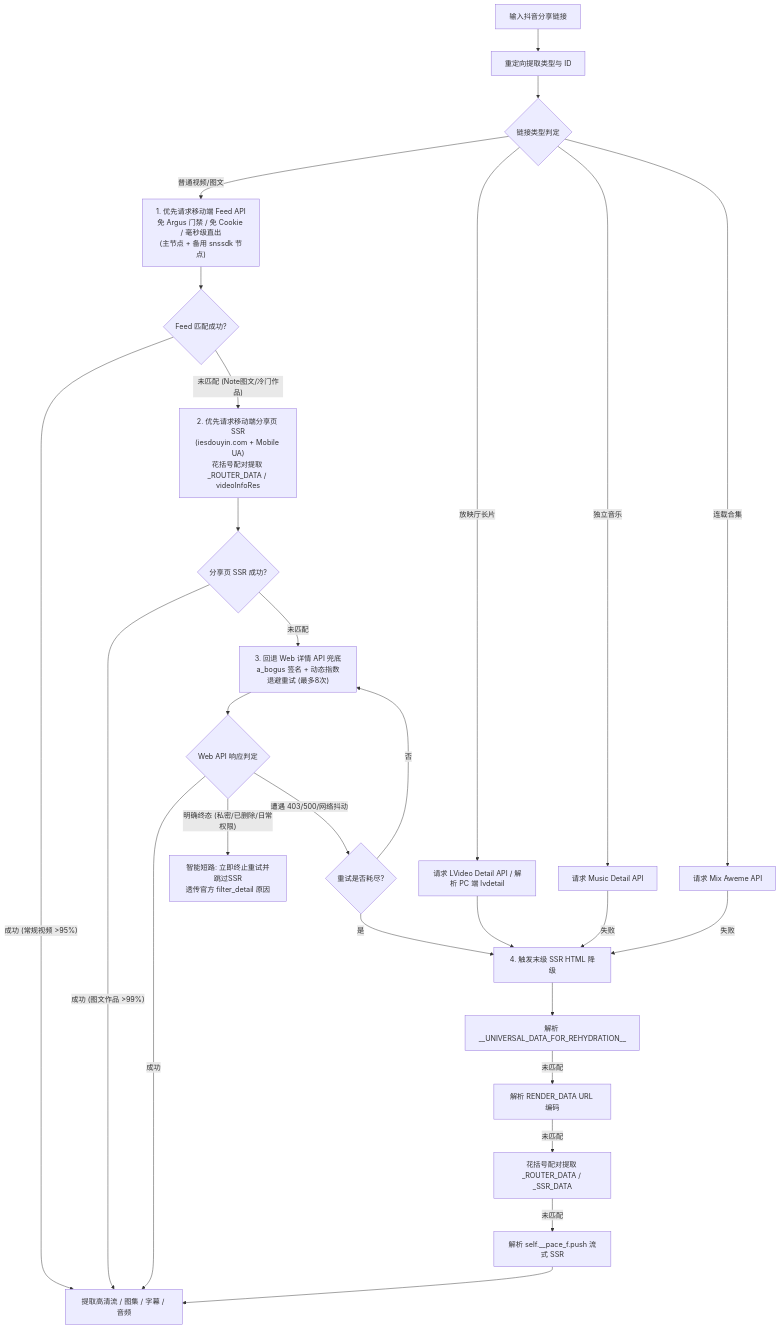
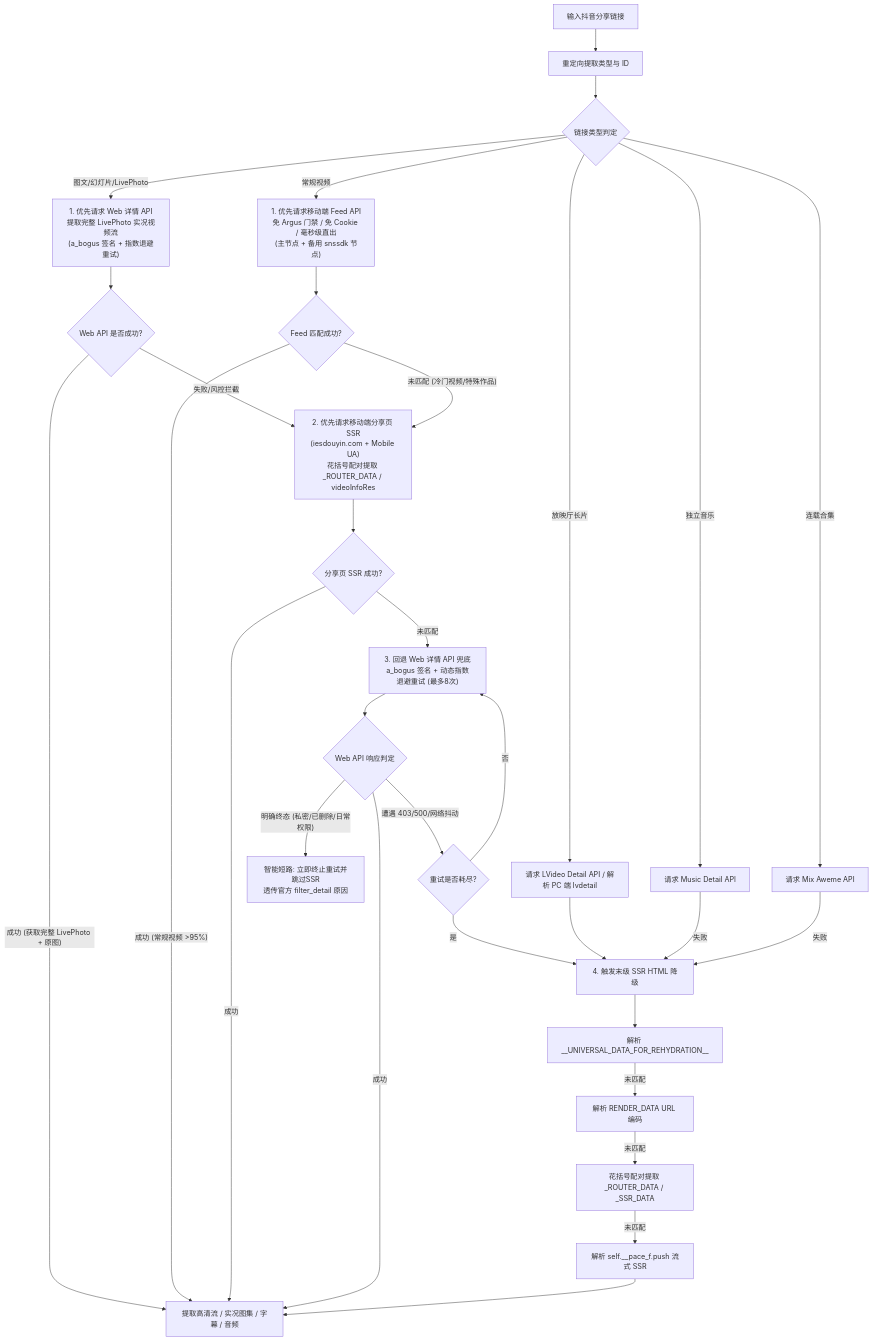
Before and after one commit to RyLattice/media-parser: the diagram in docs/parsers/douyin.md, drawn with Mermaid. The commit also changed other lines of this file and 2 other files, not shown here.

Commit message:
修复抖音LivePhoto实况视频流提取，优化图文解析与SSR降级路由

````diff
--- a/docs/parsers/douyin.md
+++ b/docs/parsers/douyin.md
@@ -44,34 +44,39 @@
 ```mermaid
 flowchart TD
     A["输入抖音分享链接"] --> B["重定向提取类型与 ID"]
     B --> C{"链接类型判定"}
     C -->|"独立音乐"| M1["请求 Music Detail API"]
     C -->|"连载合集"| K1["请求 Mix Aweme API"]
     C -->|"放映厅长片"| L1["请求 LVideo Detail API / 解析 PC 端 lvdetail"]
-    C -->|"普通视频/图文"| F0["1. 优先请求移动端 Feed API<br/>免 Argus 门禁 / 免 Cookie / 毫秒级直出<br/>(主节点 + 备用 snssdk 节点)"]
+    C -->|"图文/幻灯片/LivePhoto"| W0["1. 优先请求 Web 详情 API<br/>提取完整 LivePhoto 实况视频流<br/>(a_bogus 签名 + 指数退避重试)"]
+    C -->|"常规视频"| F0["1. 优先请求移动端 Feed API<br/>免 Argus 门禁 / 免 Cookie / 毫秒级直出<br/>(主节点 + 备用 snssdk 节点)"]
+    
+    W0 --> W1{"Web API 是否成功?"}
+    W1 -->|"成功 (获取完整 LivePhoto + 原图)"| E["提取高清流 / 实况图集 / 字幕 / 音频"]
+    W1 -->|"失败/风控拦截"| S0["降级至移动端分享页 SSR<br/>(至少保障静态高清原图可用)"]
     
     F0 --> F1{"Feed 匹配成功?"}
-    F1 -->|"成功 (常规视频 >95%)"| E["提取高清流 / 图集 / 字幕 / 音频"]
-    F1 -->|"未匹配 (Note图文/冷门作品)"| S0["2. 优先请求移动端分享页 SSR<br/>(iesdouyin.com + Mobile UA)<br/>花括号配对提取 _ROUTER_DATA / videoInfoRes"]
+    F1 -->|"成功 (常规视频 >95%)"| E
+    F1 -->|"未匹配 (冷门视频/特殊作品)"| S0["2. 优先请求移动端分享页 SSR<br/>(iesdouyin.com + Mobile UA)<br/>花括号配对提取 _ROUTER_DATA / videoInfoRes"]
     
     S0 --> S1{"分享页 SSR 成功?"}
-    S1 -->|"成功 (图文作品 >99%)"| E
+    S1 -->|"成功"| E
     S1 -->|"未匹配"| D1["3. 回退 Web 详情 API 兜底<br/>a_bogus 签名 + 动态指数退避重试 (最多8次)"]
     
     D1 --> D2{"Web API 响应判定"}
     D2 -->|"成功"| E
     D2 -->|"明确终态 (私密/已删除/日常权限)"| H["智能短路: 立即终止重试并跳过SSR<br/>透传官方 filter_detail 原因"]
     D2 -->|"遭遇 403/500/网络抖动"| D3{"重试是否耗尽?"}
     D3 -->|"否"| D1
     D3 -->|"是"| F["4. 触发末级 SSR HTML 降级"]
     
     L1 --> F
     M1 -->|"失败"| F
     K1 -->|"失败"| F
     
     F --> G1["解析 __UNIVERSAL_DATA_FOR_REHYDRATION__"]
     G1 -->|"未匹配"| G2["解析 RENDER_DATA URL 编码"]
     G2 -->|"未匹配"| G3["花括号配对提取 _ROUTER_DATA / _SSR_DATA"]
     G3 -->|"未匹配"| G4["解析 self.__pace_f.push 流式 SSR"]
     G4 --> E
 ```
````
